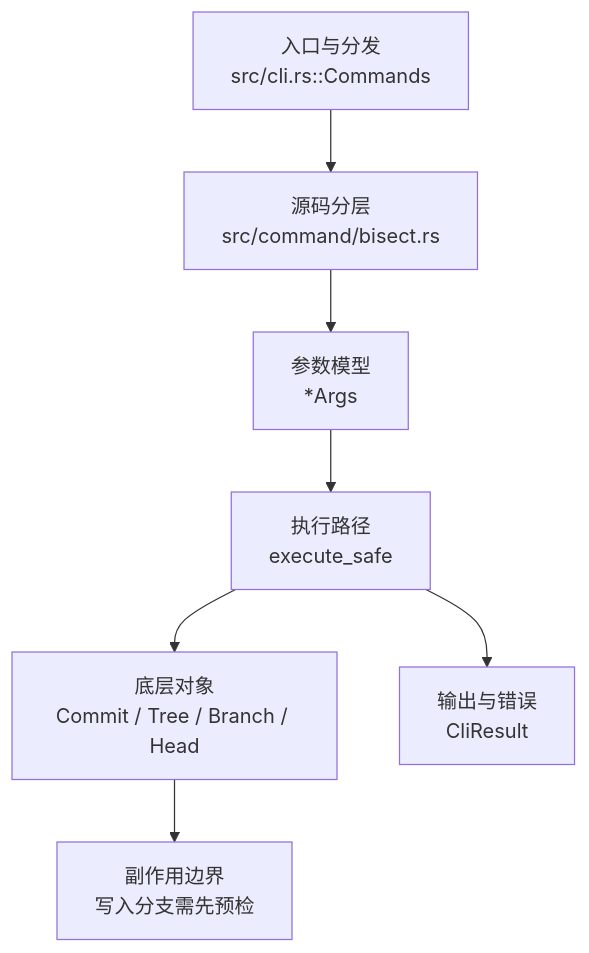
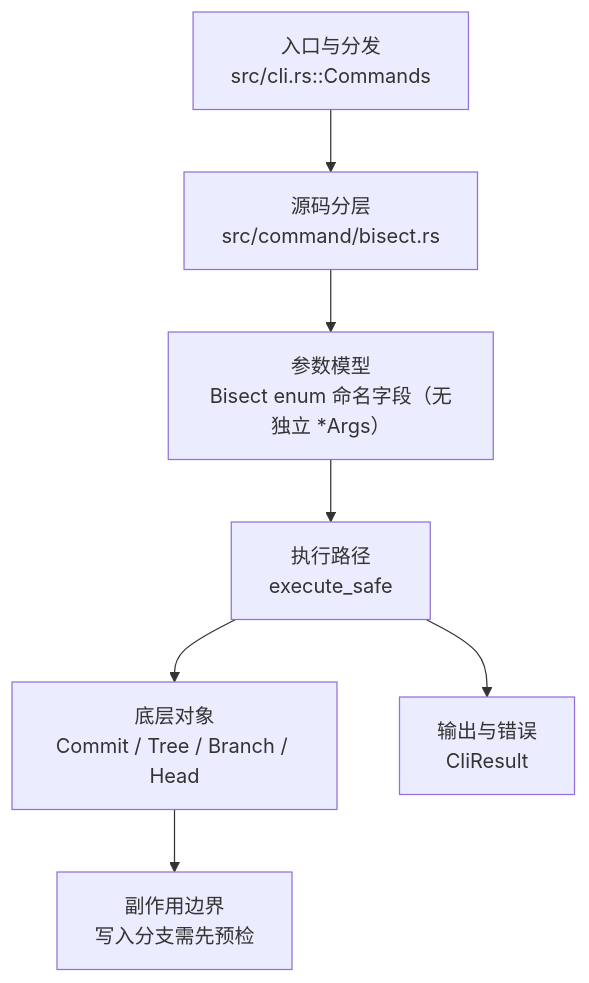
The diagram in docs/development/commands/bisect.md (web3infra-foundation/libra), drawn with Mermaid before and after one commit. The commit also changed other lines of this file and 65 other files, not shown here.

````diff
--- a/docs/development/commands/bisect.md
+++ b/docs/development/commands/bisect.md
@@ -22,9 +22,9 @@
 ```mermaid
 flowchart TD
     A["入口与分发<br/>src/cli.rs::Commands"] --> B["源码分层<br/>src/command/bisect.rs"]
-    B --> C["参数模型<br/>*Args"]
+    B --> C["参数模型<br/>Bisect enum 命名字段（无独立 *Args）"]
     C --> D["执行路径<br/>execute_safe"]
     D --> E["底层对象<br/>Commit / Tree / Branch / Head"]
     D --> F["输出与错误<br/>CliResult"]
     E --> G["副作用边界<br/>写入分支需先预检"]
 ```
````
